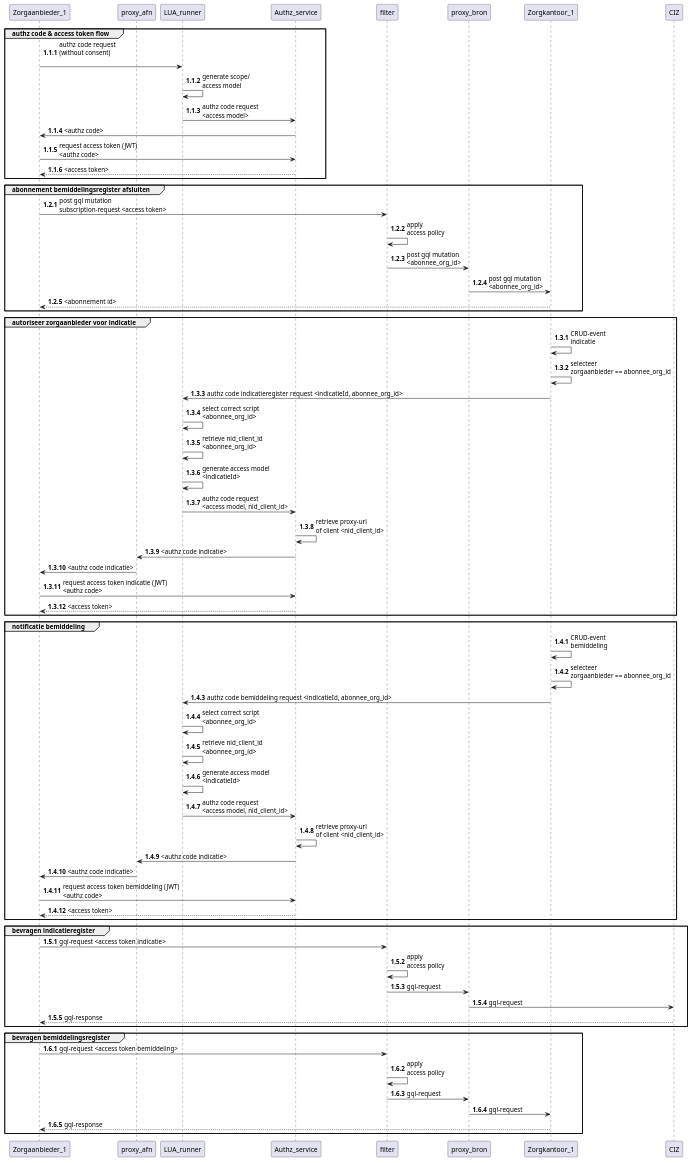
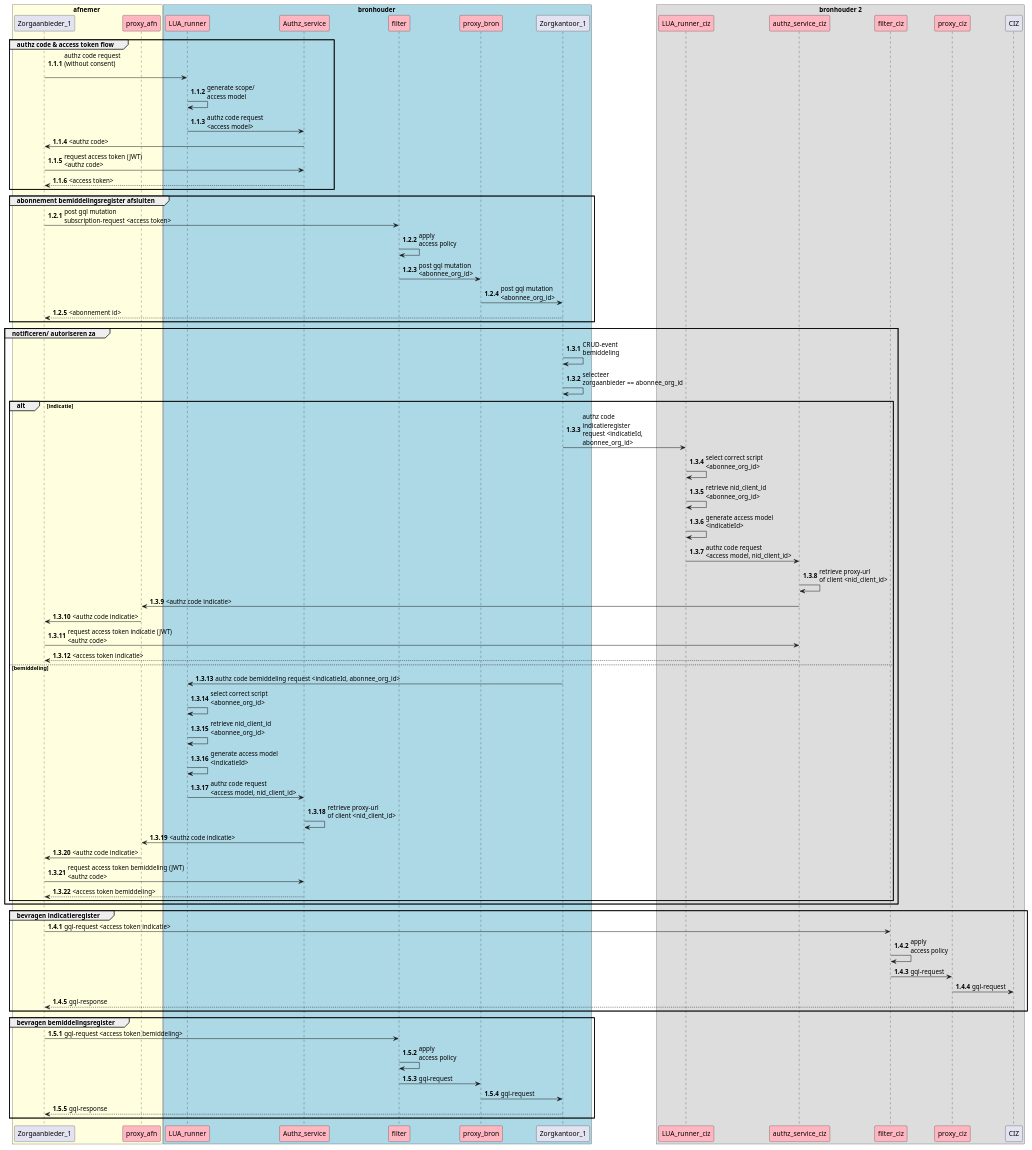
The diagram in sequentie_iwlz_nid_indicatie_en_bemiddeling_raadplegen_door_za.puml (jorritspee/plantuml-zorginzage-babyconnect), drawn with PlantUML before and after one commit.

Commit message:
Update sequentie_iwlz_nid_indicatie_en_bemiddeling_raadplegen_door_za.puml
include organisational boundaries

```diff
--- a/sequentie_iwlz_nid_indicatie_en_bemiddeling_raadplegen_door_za.puml
+++ b/sequentie_iwlz_nid_indicatie_en_bemiddeling_raadplegen_door_za.puml
@@ -1,73 +1,82 @@
 @startuml
 autonumber 1.1.1
-participant Zorgaanbieder_1 as ZA1
-participant proxy_afn as proxy_afn
-participant LUA_runner as LUA
-participant Authz_service as authz
-participant filter as filter
-participant proxy_bron as proxy
-participant Zorgkantoor_1 as ZK_1
-participant CIZ as ciz
+box afnemer #lightyellow
+  participant Zorgaanbieder_1 as ZA1
+  participant proxy_afn as proxy_afn #lightpink
+end box
+box bronhouder #lightblue
+  participant LUA_runner as LUA #lightpink
+  participant Authz_service as authz #lightpink
+  participant filter as filter #lightpink
+  participant proxy_bron as proxy #lightpink
+  participant Zorgkantoor_1 as ZK_1 
+end box
+box bronhouder 2
+  participant LUA_runner_ciz as LUA_ciz #lightpink
+  participant authz_service_ciz as authz_ciz #lightpink
+  participant filter_ciz as filter_ciz #lightpink
+  participant proxy_ciz as proxy_ciz #lightpink
+  participant CIZ as ciz
+end box
 group authz code & access token flow
   ZA1 -> LUA : authz code request\n(without consent)\n
   LUA -> LUA : generate scope/\naccess model
   LUA -> authz : authz code request \n<access model>
   authz -> ZA1 : <authz code>
   ZA1 -> authz : request access token (JWT)\n<authz code>
   ZA1 <-- authz : <access token>
 end
 group abonnement bemiddelingsregister afsluiten
   autonumber inc b
   ZA1 -> filter : post gql mutation \nsubscription-request <access token>
   filter -> filter: apply \naccess policy
   filter -> proxy : post gql mutation \n<abonnee_org_id>
   proxy -> ZK_1 : post gql mutation \n<abonnee_org_id>
   ZK_1 --> ZA1 : <abonnement id>
 end
-group autoriseer zorgaanbieder voor indicatie
-  autonumber inc b  
-  ZK_1 -> ZK_1 : CRUD-event \nindicatie
-  ZK_1 -> ZK_1 : selecteer \nzorgaanbieder == abonnee_org_id
-  ZK_1 -> LUA : authz code indicatieregister request <indicatieId, abonnee_org_id>
-  LUA -> LUA : select correct script \n<abonnee_org_id>
-  LUA -> LUA : retrieve nid_client_id \n<abonnee_org_id>
-  LUA -> LUA : generate access model \n<indicatieId>
-  LUA -> authz : authz code request \n<access model, nid_client_id>
-  authz -> authz : retrieve proxy-url \nof client <nid_client_id>
-  authz -> proxy_afn : <authz code indicatie>
-  proxy_afn -> ZA1 : <authz code indicatie> 
-  ZA1 -> authz : request access token indicatie (JWT)\n<authz code>
-  ZA1 <-- authz : <access token>
-end
-group notificatie bemiddeling
-  autonumber inc b  
+  
+group notificeren/ autoriseren za 
+  autonumber inc b
   ZK_1 -> ZK_1 : CRUD-event \nbemiddeling
   ZK_1 -> ZK_1 : selecteer \nzorgaanbieder == abonnee_org_id
-  ZK_1 -> LUA : authz code bemiddeling request <indicatieId, abonnee_org_id>
+  alt indicatie
+    ZK_1 -> LUA_ciz : authz code \nindicatieregister \nrequest <indicatieId, \nabonnee_org_id>
+    LUA_ciz -> LUA_ciz : select correct script \n<abonnee_org_id>
+    LUA_ciz -> LUA_ciz : retrieve nid_client_id \n<abonnee_org_id>
+    LUA_ciz -> LUA_ciz : generate access model \n<indicatieId>
+    LUA_ciz -> authz_ciz : authz code request \n<access model, nid_client_id>
+    authz_ciz -> authz_ciz : retrieve proxy-url \nof client <nid_client_id>
+    authz_ciz -> proxy_afn : <authz code indicatie>
+    proxy_afn -> ZA1 : <authz code indicatie> 
+    ZA1 -> authz_ciz : request access token indicatie (JWT)\n<authz code>
+    ZA1 <-- authz_ciz : <access token indicatie>
+  else bemiddeling
+    ZK_1 -> LUA : authz code bemiddeling request <indicatieId, abonnee_org_id>
   LUA -> LUA : select correct script \n<abonnee_org_id>
   LUA -> LUA : retrieve nid_client_id \n<abonnee_org_id>
   LUA -> LUA : generate access model \n<indicatieId>
   LUA -> authz : authz code request \n<access model, nid_client_id>
   authz -> authz : retrieve proxy-url \nof client <nid_client_id>
   authz -> proxy_afn : <authz code indicatie>
   proxy_afn -> ZA1 : <authz code indicatie> 
   ZA1 -> authz : request access token bemiddeling (JWT)\n<authz code>
-  ZA1 <-- authz : <access token>
+  ZA1 <-- authz : <access token bemiddeling>
+  end
 end
 group bevragen indicatieregister
   autonumber inc b  
-  ZA1 -> filter : gql-request <access token indicatie>
-  filter -> filter: apply \naccess policy
-  filter -> proxy : gql-request 
-  proxy -> ciz : gql-request
+  ZA1 -> filter_ciz : gql-request <access token indicatie>
+  filter_ciz -> filter_ciz: apply \naccess policy
+  filter_ciz -> proxy_ciz : gql-request 
+  proxy_ciz -> ciz : gql-request
   ciz --> ZA1 : gql-response
 end
 group bevragen bemiddelingsregister
   autonumber inc b  
   ZA1 -> filter : gql-request <access token bemiddeling>
   filter -> filter: apply \naccess policy
   filter -> proxy : gql-request 
   proxy -> ZK_1 : gql-request
   ZK_1 --> ZA1 : gql-response
 end
 @enduml
```
